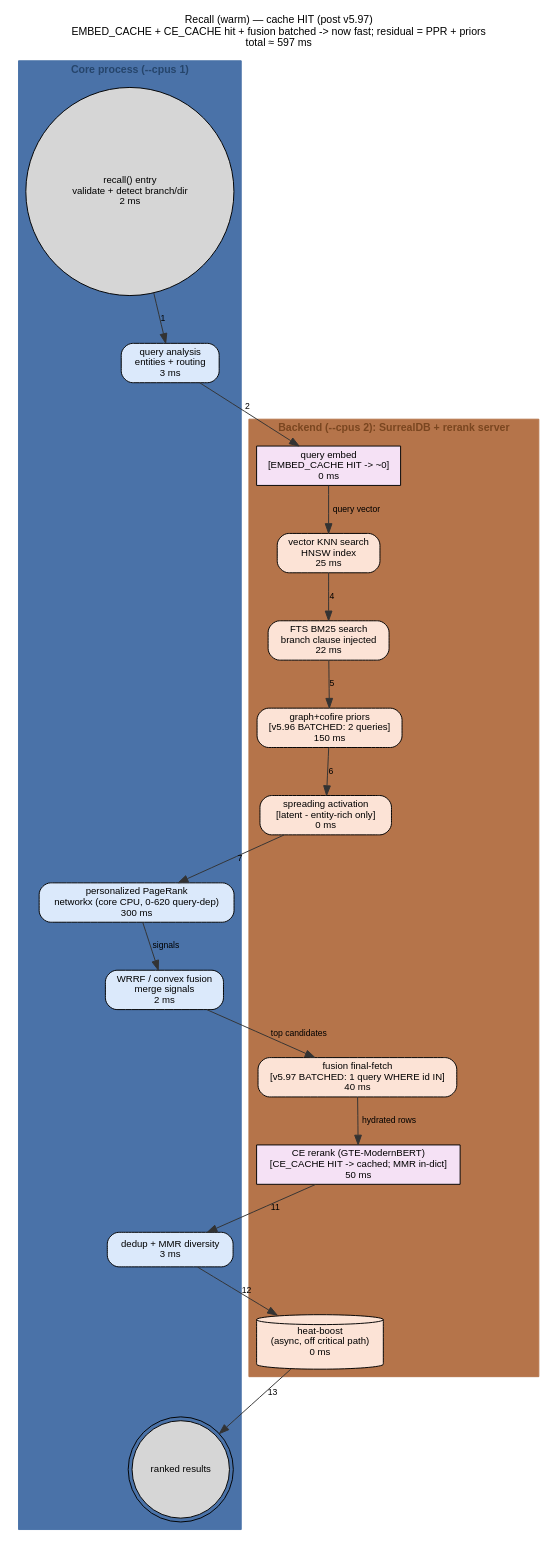
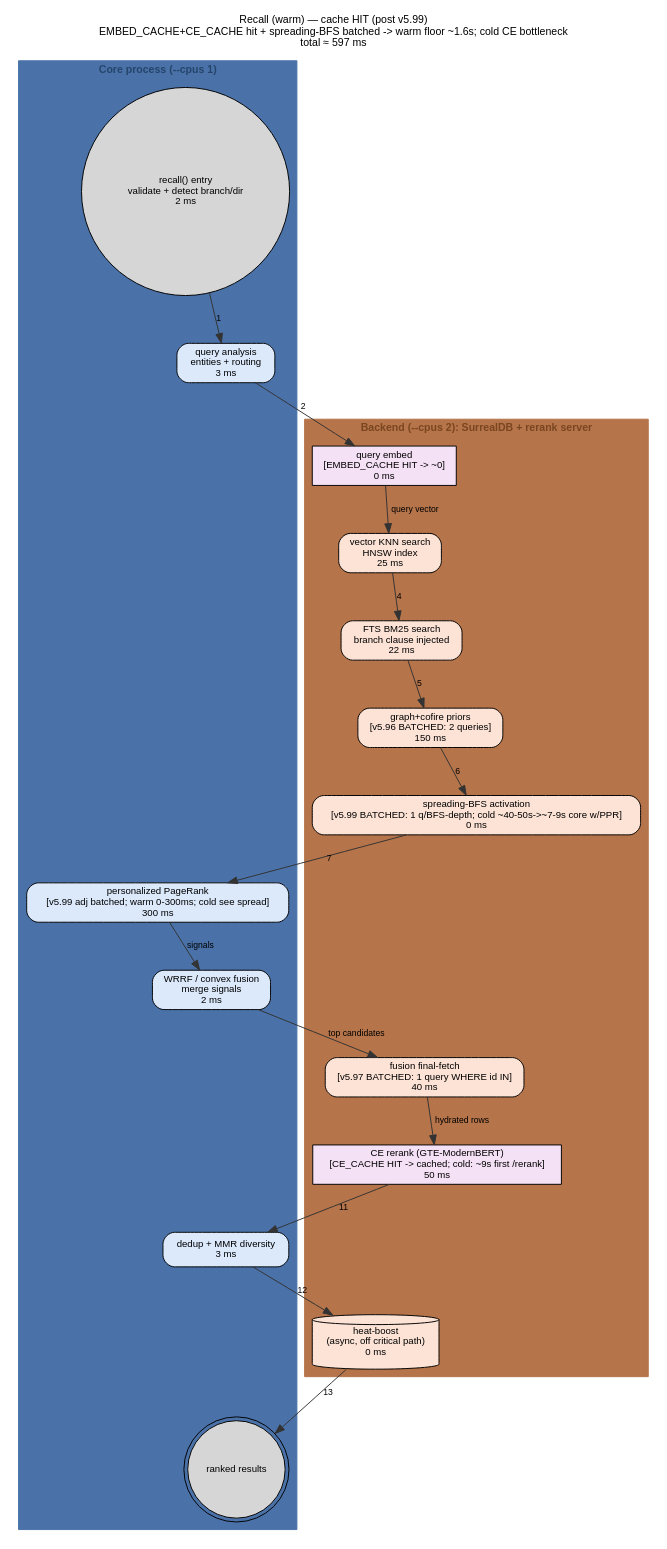
The diagram in docs/diagrams/out/recall-warm-cache-hit.dot (m-agahi/yadgar), drawn with Graphviz before and after one commit. The commit also changed 7 other files, not shown here.

First line of the commit message:
docs(diagrams): refresh recall diagrams for v5.99 (cold PPR/spreading 40-50s->7-9s) (#147)

```diff
--- a/docs/diagrams/out/recall-warm-cache-hit.dot
+++ b/docs/diagrams/out/recall-warm-cache-hit.dot
@@ -1,56 +1,56 @@
 digraph flow {
   rankdir="TB";
   newrank=true;
   compound=true;
   nodesep=0.35;
   ranksep=0.55;
   graph [fontname="Helvetica", fontsize=11, labelloc="t"];
   node  [fontname="Helvetica", fontsize=10];
   edge  [fontname="Helvetica", fontsize=9];
-  label="Recall (warm) — cache HIT (post v5.97)
-EMBED_CACHE + CE_CACHE hit + fusion batched -> now fast; residual = PPR + priors
+  label="Recall (warm) — cache HIT (post v5.99)
+EMBED_CACHE+CE_CACHE hit + spreading-BFS batched -> warm floor ~1.6s; cold CE bottleneck
 total ≈ 597 ms";
   subgraph "cluster_core" {
     label="Core process (--cpus 1)";
     style=filled;
     bgcolor="#eef4fb";
     color="#4a72a8";
     fontcolor="#26456b";
     fontname="Helvetica-Bold";
     "entry" [shape="circle", style="filled", fillcolor="#d6d6d6", label="recall() entry\nvalidate + detect branch/dir\n2 ms"];
     "qanalysis" [shape="box", style="rounded,filled", fillcolor="#dbe9fb", label="query analysis\nentities + routing\n3 ms"];
-    "ppr" [shape="box", style="rounded,filled", fillcolor="#dbe9fb", label="personalized PageRank\nnetworkx (core CPU, 0-620 query-dep)\n300 ms"];
+    "ppr" [shape="box", style="rounded,filled", fillcolor="#dbe9fb", label="personalized PageRank\n[v5.99 adj batched; warm 0-300ms; cold see spread]\n300 ms"];
     "fusion" [shape="box", style="rounded,filled", fillcolor="#dbe9fb", label="WRRF / convex fusion\nmerge signals\n2 ms"];
     "dedup" [shape="box", style="rounded,filled", fillcolor="#dbe9fb", label="dedup + MMR diversity\n3 ms"];
     "results" [shape="doublecircle", style="filled", fillcolor="#d6d6d6", label="ranked results"];
   }
   subgraph "cluster_backend" {
     label="Backend (--cpus 2): SurrealDB + rerank server";
     style=filled;
     bgcolor="#fbf0ea";
     color="#b5744a";
     fontcolor="#7a4620";
     fontname="Helvetica-Bold";
     "embed" [shape="box", style="filled", fillcolor="#f5e1f5", label="query embed\n[EMBED_CACHE HIT -> ~0]\n0 ms"];
     "knn" [shape="box", style="rounded,filled", fillcolor="#fce3d6", label="vector KNN search\nHNSW index\n25 ms"];
     "fts" [shape="box", style="rounded,filled", fillcolor="#fce3d6", label="FTS BM25 search\nbranch clause injected\n22 ms"];
     "priors" [shape="box", style="rounded,filled", fillcolor="#fce3d6", label="graph+cofire priors\n[v5.96 BATCHED: 2 queries]\n150 ms"];
-    "spread" [shape="box", style="rounded,filled", fillcolor="#fce3d6", label="spreading activation\n[latent - entity-rich only]\n0 ms"];
+    "spread" [shape="box", style="rounded,filled", fillcolor="#fce3d6", label="spreading-BFS activation\n[v5.99 BATCHED: 1 q/BFS-depth; cold ~40-50s->~7-9s core w/PPR]\n0 ms"];
     "fetch" [shape="box", style="rounded,filled", fillcolor="#fce3d6", label="fusion final-fetch\n[v5.97 BATCHED: 1 query WHERE id IN]\n40 ms"];
-    "cererank" [shape="box", style="filled", fillcolor="#f5e1f5", label="CE rerank (GTE-ModernBERT)\n[CE_CACHE HIT -> cached; MMR in-dict]\n50 ms"];
+    "cererank" [shape="box", style="filled", fillcolor="#f5e1f5", label="CE rerank (GTE-ModernBERT)\n[CE_CACHE HIT -> cached; cold: ~9s first /rerank]\n50 ms"];
     "heat" [shape="cylinder", style="filled", fillcolor="#fce3d6", label="heat-boost\n(async, off critical path)\n0 ms"];
   }
   "entry" -> "qanalysis" [color="#333333", style="solid", label="1"];
   "qanalysis" -> "embed" [color="#333333", style="solid", label="2"];
   "embed" -> "knn" [color="#333333", style="solid", label="query vector"];
   "knn" -> "fts" [color="#333333", style="solid", label="4"];
   "fts" -> "priors" [color="#333333", style="solid", label="5"];
   "priors" -> "spread" [color="#333333", style="solid", label="6"];
   "spread" -> "ppr" [color="#333333", style="solid", label="7"];
   "ppr" -> "fusion" [color="#333333", style="solid", label="signals"];
   "fusion" -> "fetch" [color="#333333", style="solid", label="top candidates"];
   "fetch" -> "cererank" [color="#333333", style="solid", label="hydrated rows"];
   "cererank" -> "dedup" [color="#333333", style="solid", label="11"];
   "dedup" -> "heat" [color="#333333", style="solid", label="12"];
   "heat" -> "results" [color="#333333", style="solid", label="13"];
 }
```
